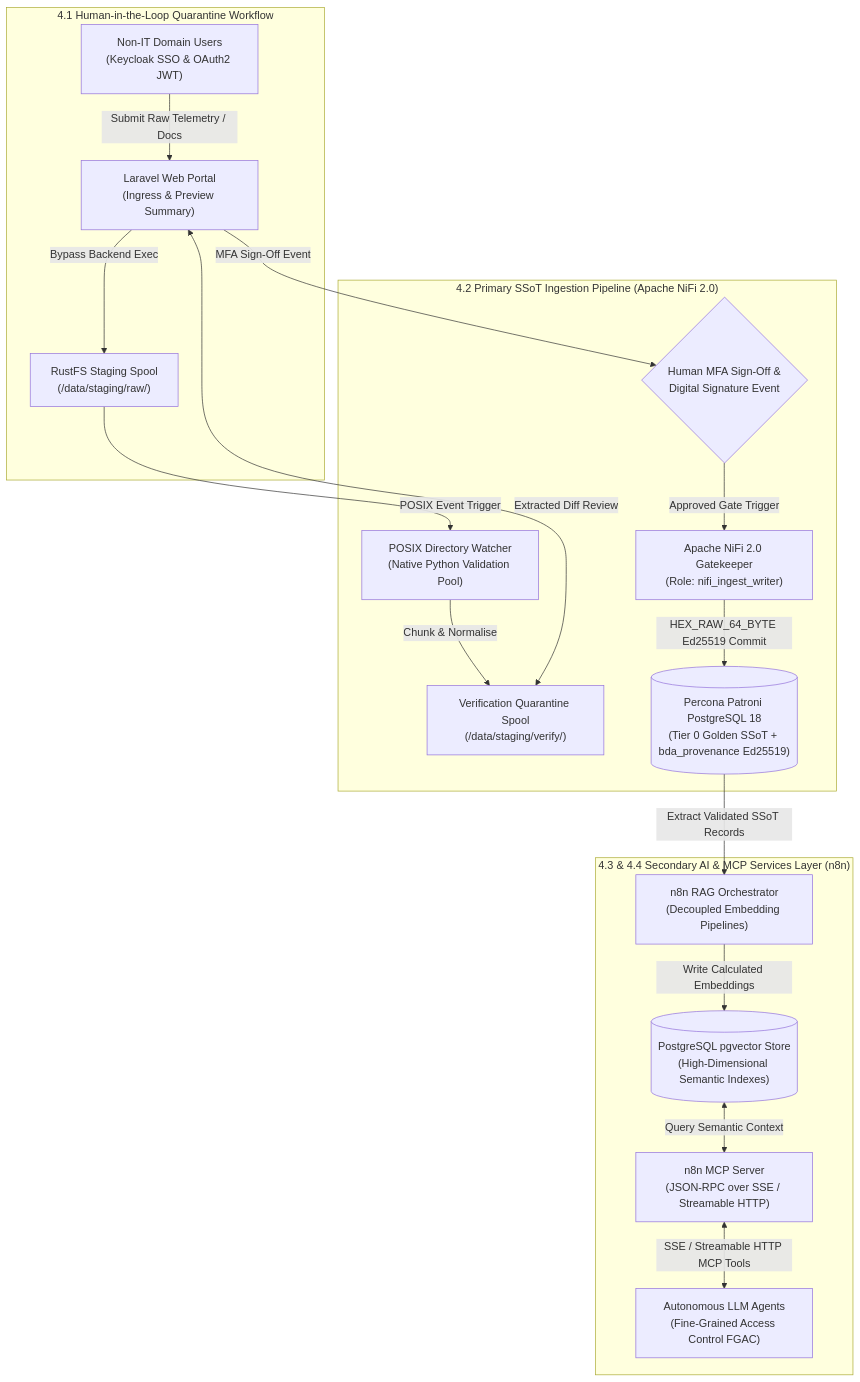
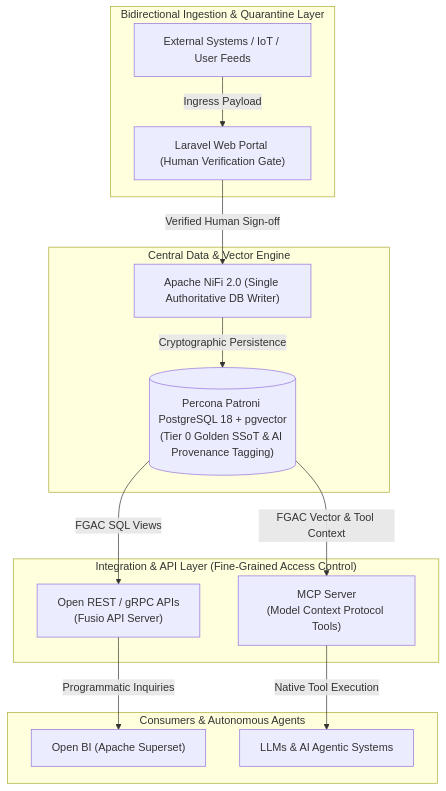
Before and after one commit to linuxmalaysia/bda-ai-infra: the third of 3 diagrams in docs/IT-MANAGEMENT-PROPOSAL.md, drawn with Mermaid. The commit also changed other lines of this file, not shown here.

Commit message:
docs: update proposal document based on PR review comments

````diff
--- a/docs/IT-MANAGEMENT-PROPOSAL.md
+++ b/docs/IT-MANAGEMENT-PROPOSAL.md
@@ -780,37 +707,30 @@
 ```mermaid
 flowchart TD
-    subgraph DP_HITL ["4.1 Human-in-the-Loop Quarantine Workflow"]
-        DP_User["Non-IT Domain Users\n(Keycloak SSO & OAuth2 JWT)"]
-        DP_Laravel["Laravel Web Portal\n(Ingress & Preview Summary)"]
-        DP_RustFS["RustFS Staging Spool\n(/data/staging/raw/)"]
+    subgraph Ingestion ["Bidirectional Ingestion & Quarantine Layer"]
+        Ext["External Systems / IoT / User Feeds"]
+        Laravel["Laravel Web Portal (Human Verification Gate)"]
     end
 
-    subgraph DP_Primary ["4.2 Primary SSoT Ingestion Pipeline (Apache NiFi 2.0)"]
-        DP_Watcher["POSIX Directory Watcher\n(Native Python Validation Pool)"]
-        DP_VerifySpool["Verification Quarantine Spool\n(/data/staging/verify/)"]
-        DP_MFAApproval{"Human MFA Sign-Off &\nDigital Signature Event"}
-        DP_NiFiGate["Apache NiFi 2.0 Gatekeeper\n(Role: nifi_ingest_writer)"]
-        DP_PostgresSSoT[("Percona Patroni PostgreSQL 18\n(Tier 0 Golden SSoT + bda_provenance Ed25519)")]
+    subgraph Core ["Central Data & Vector Engine"]
+        NiFi["Apache NiFi 2.0 (Single Authoritative DB Writer)"]
+        Postgres[("Percona Patroni PostgreSQL 18 + pgvector\n(Tier 0 Golden SSoT & AI Provenance Tagging)")]
     end
 
-    subgraph DP_Secondary ["4.3 & 4.4 Secondary AI & MCP Services Layer (n8n)"]
-        DP_n8nRAG["n8n RAG Orchestrator\n(Decoupled Embedding Pipelines)"]
-        DP_PgVector[("PostgreSQL pgvector Store\n(High-Dimensional Semantic Indexes)")]
-        DP_n8nMCP["n8n MCP Server\n(JSON-RPC over SSE / Streamable HTTP)"]
-        DP_LLMAgents["Autonomous LLM Agents\n(Fine-Grained Access Control FGAC)"]
+    subgraph Integration ["Integration & API Layer (Fine-Grained Access Control)"]
+        REST["Open REST / gRPC APIs\n(Fusio API Server)"]
+        MCP["MCP Server\n(Model Context Protocol Tools)"]
     end
 
-    DP_User -->|"Submit Raw Telemetry / Docs"| DP_Laravel
-    DP_Laravel -->|"Bypass Backend Exec"| DP_RustFS
-    DP_RustFS -->|"POSIX Event Trigger"| DP_Watcher
-    DP_Watcher -->|"Chunk & Normalise"| DP_VerifySpool
-    DP_VerifySpool <-->|"Extracted Diff Review"| DP_Laravel
-    DP_Laravel -->|"MFA Sign-Off Event"| DP_MFAApproval
-    DP_MFAApproval -->|"Approved Gate Trigger"| DP_NiFiGate
-    DP_NiFiGate -->|"HEX_RAW_64_BYTE Ed25519 Commit"| DP_PostgresSSoT
+    subgraph Consumers ["Consumers & Autonomous Agents"]
+        BI["Open BI (Apache Superset)"]
+        AI["LLMs & AI Agentic Systems"]
+    end
 
-    DP_PostgresSSoT -->|"Extract Validated SSoT Records"| DP_n8nRAG
-    DP_n8nRAG -->|"Write Calculated Embeddings"| DP_PgVector
-    DP_PgVector <-->|"Query Semantic Context"| DP_n8nMCP
-    DP_n8nMCP <-->|"SSE / Streamable HTTP MCP Tools"| DP_LLMAgents
+    Ext -->|"Ingress Payload"| Laravel
+    Laravel -->|"Verified Human Sign-off"| NiFi
+    NiFi -->|"Cryptographic Persistence"| Postgres
+    Postgres -->|"FGAC SQL Views"| REST
+    Postgres -->|"FGAC Vector & Tool Context"| MCP
+    REST -->|"Programmatic Inquiries"| BI
+    MCP -->|"Native Tool Execution"| AI
 ```
````
